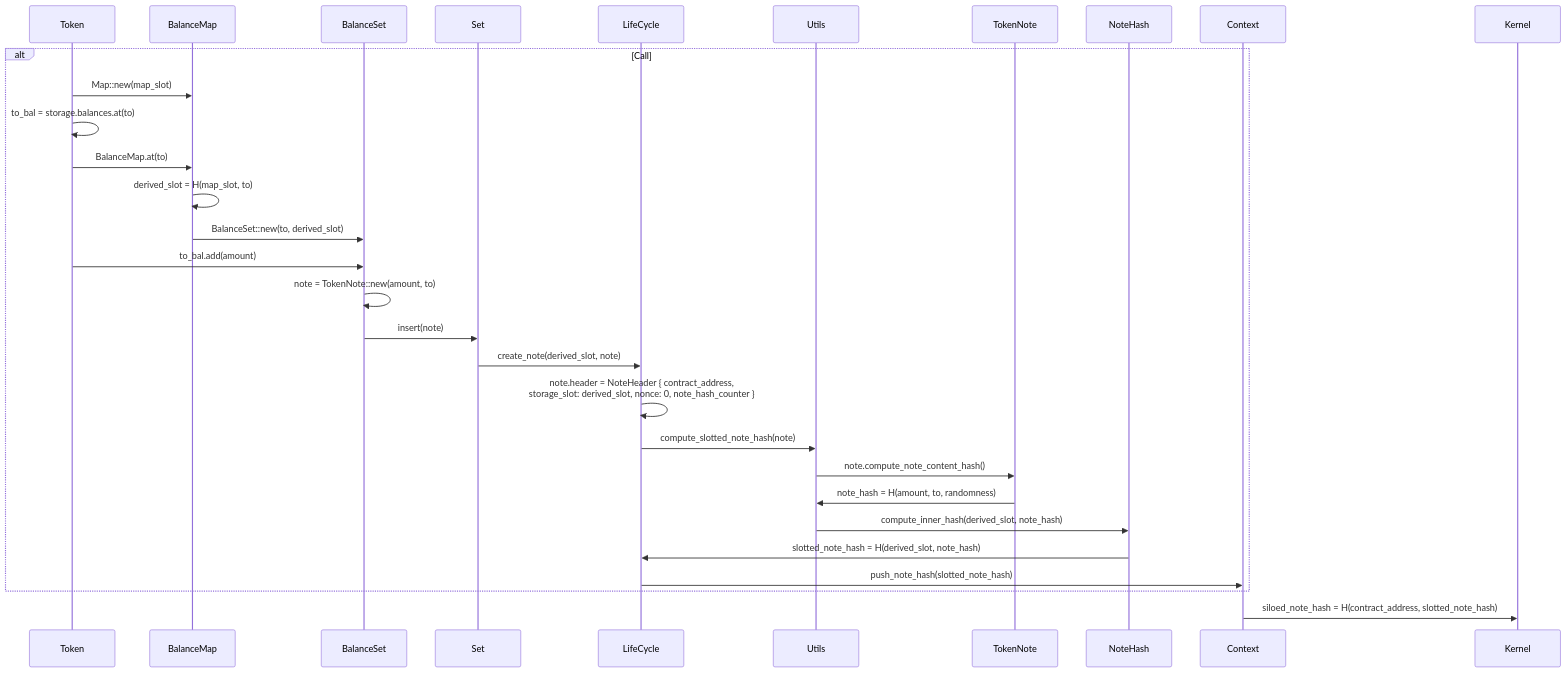
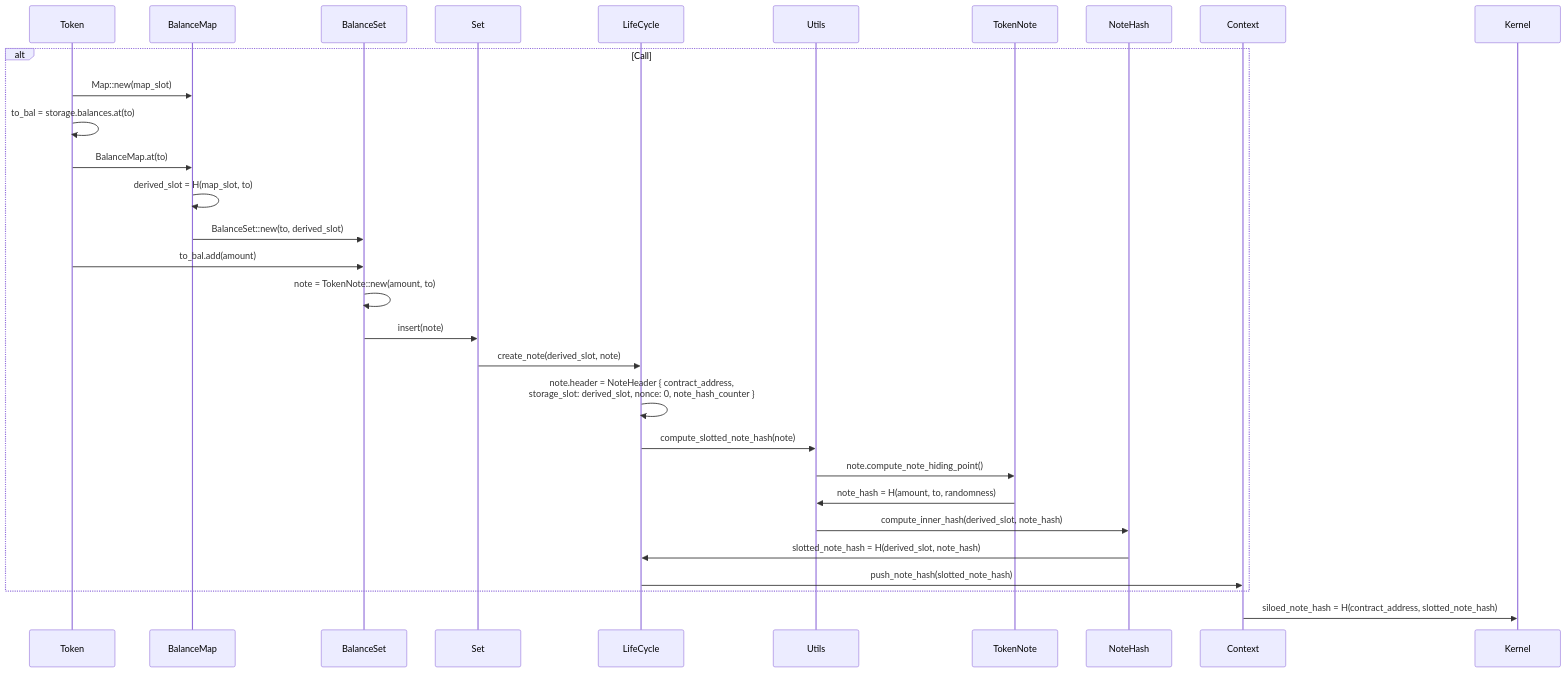
One commit to AztecProtocol/aztec-packages changed the diagram in docs/docs/guides/smart_contracts/writing_contracts/storage/storage_slots.md. Above: the diagram before and after it, drawn with Mermaid. The commit also changed 4 other files, not shown here.

````diff
--- a/docs/docs/guides/smart_contracts/writing_contracts/storage/storage_slots.md
+++ b/docs/docs/guides/smart_contracts/writing_contracts/storage/storage_slots.md
@@ -20,22 +20,22 @@
 ```mermaid
 sequenceDiagram
     alt Call
     Token->>BalanceMap: Map::new(map_slot);
     Token->>Token: to_bal = storage.balances.at(to)
     Token->>BalanceMap: BalanceMap.at(to)
     BalanceMap->>BalanceMap: derived_slot = H(map_slot, to)
     BalanceMap->>BalanceSet: BalanceSet::new(to, derived_slot)
     Token->>BalanceSet: to_bal.add(amount)
     BalanceSet->>BalanceSet: note = TokenNote::new(amount, to)
     BalanceSet->>Set: insert(note)
     Set->>LifeCycle: create_note(derived_slot, note)
     LifeCycle->>LifeCycle: note.header = NoteHeader { contract_address, <br> storage_slot: derived_slot, nonce: 0, note_hash_counter }
     LifeCycle->>Utils: compute_slotted_note_hash(note)
-    Utils->>TokenNote: note.compute_note_content_hash()
+    Utils->>TokenNote: note.compute_note_hiding_point()
     TokenNote->>Utils: note_hash = H(amount, to, randomness)
     Utils->>NoteHash: compute_inner_hash(derived_slot, note_hash)
     NoteHash->>LifeCycle: slotted_note_hash = H(derived_slot, note_hash)
     LifeCycle->>Context: push_note_hash(slotted_note_hash)
     end
     Context->>Kernel: siloed_note_hash = H(contract_address, slotted_note_hash)
 ```
````
